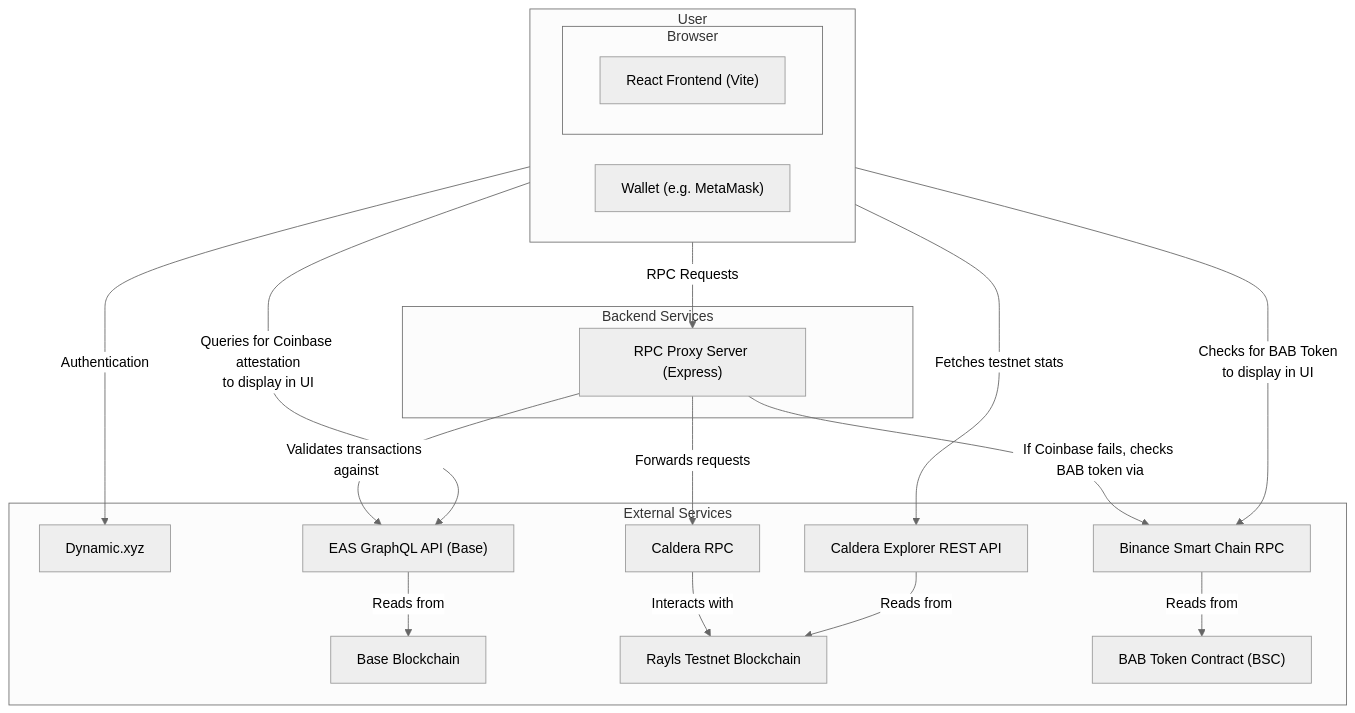
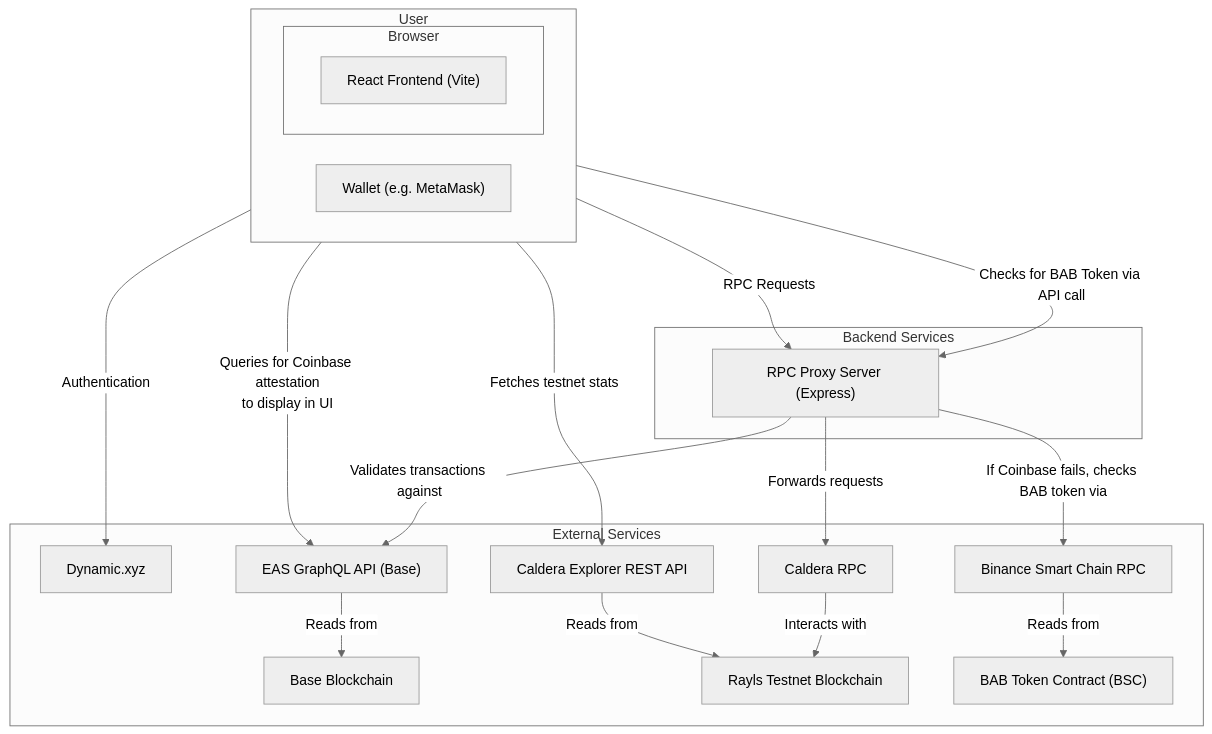
One commit to AlexJupiter/rayls-dapp changed the diagram in README.md. Above: the diagram before and after it, drawn with Mermaid (neutral theme).

Commit message:
Updating tech arch diagram

````diff
--- a/README.md
+++ b/README.md
@@ -20,38 +20,38 @@
 ```mermaid
 graph TD
     subgraph "User"
         direction LR
         subgraph "Browser"
             A["React Frontend (Vite)"]
         end
         H["Wallet (e.g. MetaMask)"]
     end
 
     subgraph "Backend Services"
         B["RPC Proxy Server (Express)"]
     end
 
     subgraph "External Services"
         C["Dynamic.xyz"]
         D["Caldera RPC"]
         E["EAS GraphQL API (Base)"]
         F["Base Blockchain"]
         G["Rayls Testnet Blockchain"]
         I["Caldera Explorer REST API"]
         J["Binance Smart Chain RPC"]
         K["BAB Token Contract (BSC)"]
     end
 
     A -- "Authentication" --> C;
     A -- "Queries for Coinbase attestation<br/>to display in UI" --> E;
-    A -- "Checks for BAB Token<br/>to display in UI" --> J
+    A -- "Checks for BAB Token via API call" --> B
     A -- "Fetches testnet stats" --> I;
     H -- "RPC Requests" --> B;
     B -- "Forwards requests" --> D;
     D -- "Interacts with" --> G;
     B -- "Validates transactions against" --> E;
     B -- "If Coinbase fails, checks BAB token via" --> J
     E -- "Reads from" --> F;
     I -- "Reads from" --> G;
     J -- "Reads from" --> K;
 ```
````
